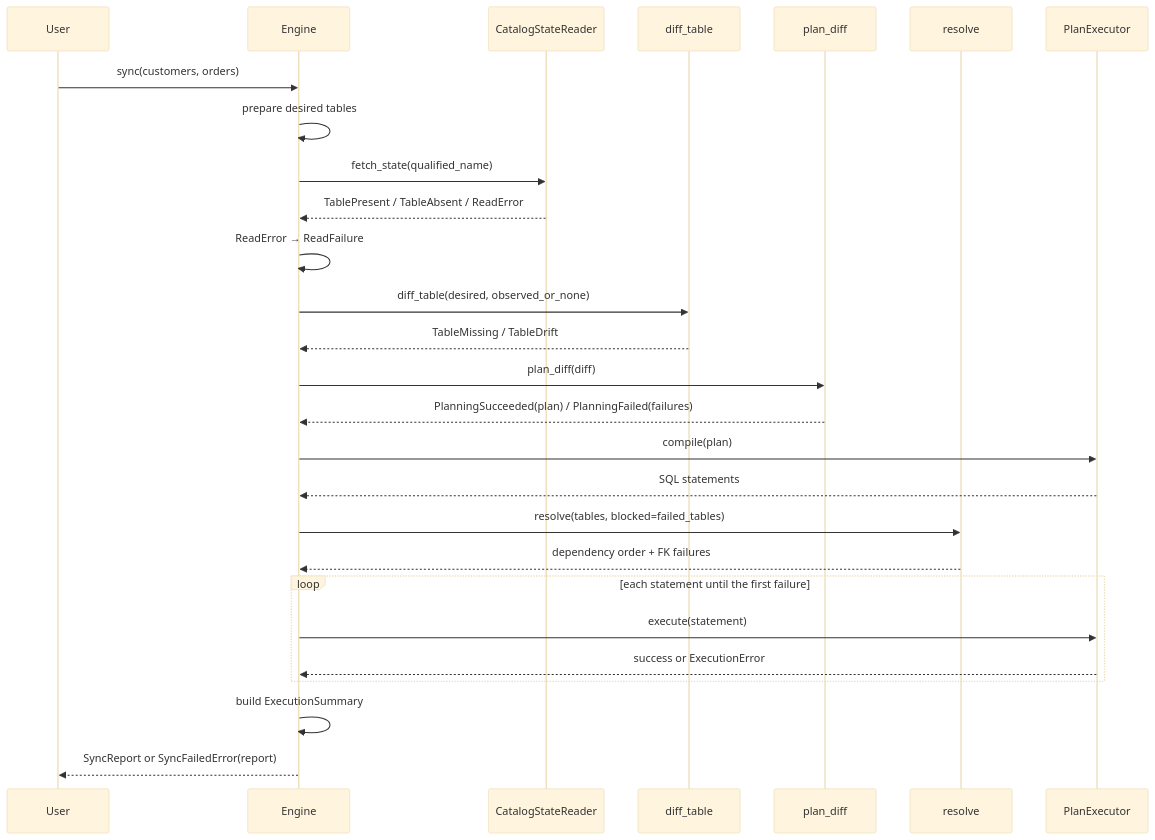
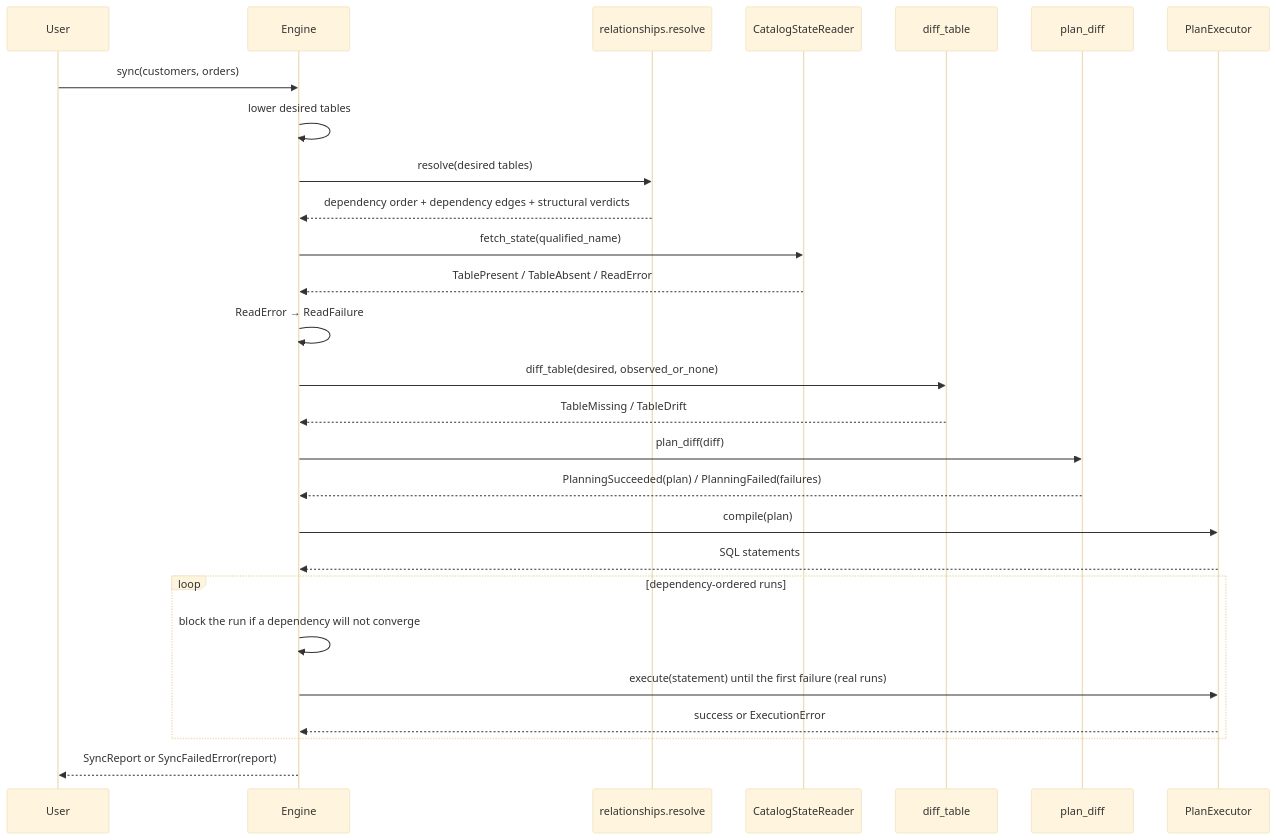
Before and after one commit to Tomoscorbin/delta-engine: the third of 5 diagrams in docs/explanation-architecture.md, drawn with Mermaid (base theme). The commit also changed other lines of this file and 33 other files, not shown here.

````diff
--- a/docs/explanation-architecture.md
+++ b/docs/explanation-architecture.md
@@ -273,30 +273,30 @@
 ```mermaid
 sequenceDiagram
     participant User
     participant Engine
+    participant Resolver as relationships.resolve
     participant Reader as CatalogStateReader
     participant Differ as diff_table
     participant Planner as plan_diff
-    participant Resolver as resolve
     participant Executor as PlanExecutor
 
     User->>Engine: sync(customers, orders)
-    Engine->>Engine: prepare desired tables
+    Engine->>Engine: lower desired tables
+    Engine->>Resolver: resolve(desired tables)
+    Resolver-->>Engine: dependency order + dependency edges + structural verdicts
     Engine->>Reader: fetch_state(qualified_name)
     Reader-->>Engine: TablePresent / TableAbsent / ReadError
     Engine->>Engine: ReadError → ReadFailure
     Engine->>Differ: diff_table(desired, observed_or_none)
     Differ-->>Engine: TableMissing / TableDrift
     Engine->>Planner: plan_diff(diff)
     Planner-->>Engine: PlanningSucceeded(plan) / PlanningFailed(failures)
     Engine->>Executor: compile(plan)
     Executor-->>Engine: SQL statements
-    Engine->>Resolver: resolve(tables, blocked=failed_tables)
-    Resolver-->>Engine: dependency order + FK failures
-    loop each statement until the first failure
-        Engine->>Executor: execute(statement)
+    loop dependency-ordered runs
+        Engine->>Engine: block the run if a dependency will not converge
+        Engine->>Executor: execute(statement) until the first failure (real runs)
         Executor-->>Engine: success or ExecutionError
     end
-    Engine->>Engine: build ExecutionSummary
     Engine-->>User: SyncReport or SyncFailedError(report)
 ```
````
